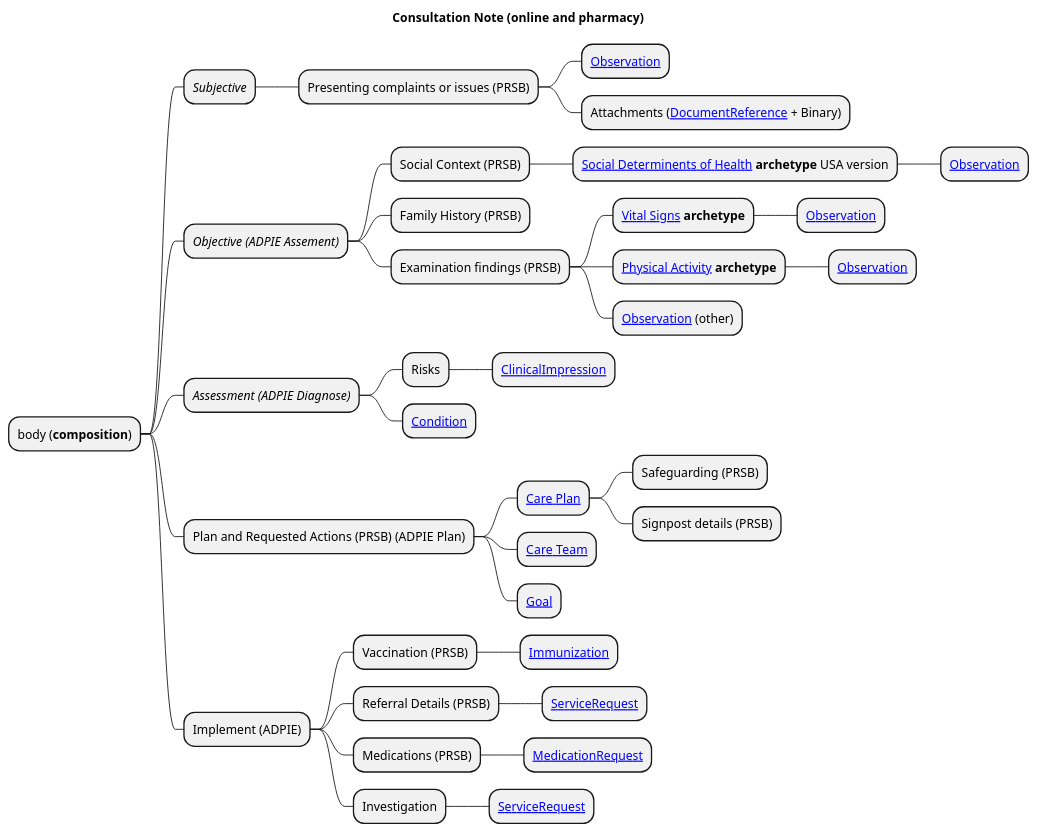
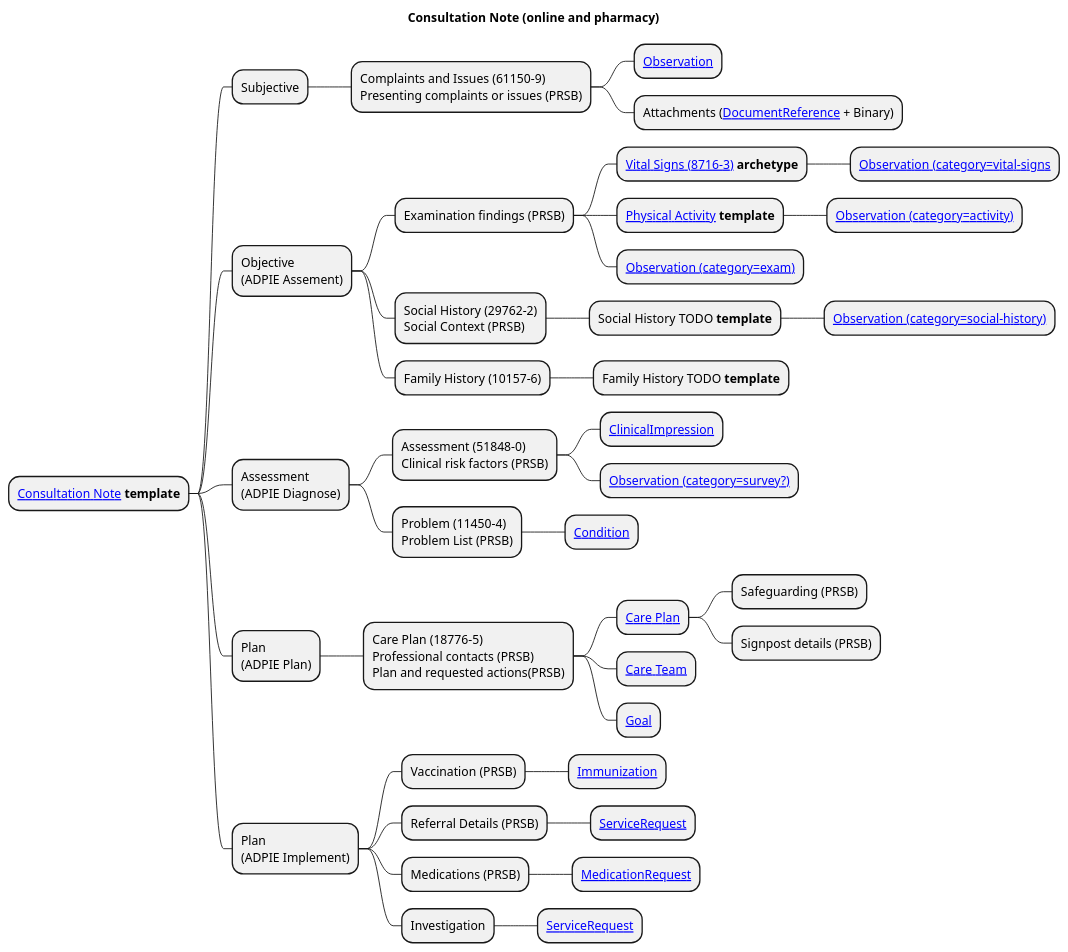
One commit to Virtually-Healthcare/virtually-healthcare.github.com changed the diagram in input/images-source/consultation-note-mindmap.plantuml. Above: the diagram before and after it, drawn with PlantUML. The commit also changed 2 other files, not shown here.

```diff
--- a/input/images-source/consultation-note-mindmap.plantuml
+++ b/input/images-source/consultation-note-mindmap.plantuml
@@ -1,43 +1,47 @@
 @startmindmap
 
 skinparam svgDimensionStyle false
 
 title "Consultation Note (online and pharmacy)"
 
-* body (**composition**)
-** <i>Subjective</i>
-*** Presenting complaints or issues (PRSB)
+* [[Questionnaire-ConsultationNote.html Consultation Note]] **template**
+** Subjective
+*** Complaints and Issues (61150-9)\nPresenting complaints or issues (PRSB)
 **** [[StructureDefinition-Observation.html Observation]]
 **** Attachments ([[StructureDefinition-DocumentReference.html DocumentReference]] + Binary)
-** <i>Objective (ADPIE Assement)</i>
-*** Social Context (PRSB)
-**** [[https://build.fhir.org/ig/HL7/fhir-sdoh-clinicalcare/ Social Determinents of Health]] <b>archetype</b> USA version
-***** [[StructureDefinition-Observation.html Observation]]
-*** Family History (PRSB)
+** Objective\n(ADPIE Assement)
 *** Examination findings (PRSB)
-**** [[assessments-and-observations.html#vital-signs Vital Signs]] <b>archetype</b>
-***** [[StructureDefinition-Observation.html Observation]]
-**** [[assessments-and-observations.html#daily-physical-activity Physical Activity]] <b>archetype</b>
-***** [[StructureDefinition-Observation.html Observation]]
-**** [[StructureDefinition-Observation.html Observation]] (other)
-** <i>Assessment (ADPIE Diagnose)</i>
-*** Risks
+**** [[Questionnaire-VitalSigns.html Vital Signs (8716-3)]] <b>archetype</b>
+***** [[StructureDefinition-Observation.html Observation (category=vital-signs]]
+**** [[Questionnaire-DailyPhysicalActivity.html Physical Activity]] **template**
+***** [[StructureDefinition-Observation.html Observation (category=activity)]]
+**** [[StructureDefinition-Observation.html Observation (category=exam)]]
+*** Social History (29762-2)\nSocial Context (PRSB)
+**** Social History TODO <b>template</b>
+***** [[StructureDefinition-Observation.html Observation (category=social-history)]]
+*** Family History (10157-6)
+**** Family History TODO <b>template</b>
+** Assessment\n(ADPIE Diagnose)
+*** Assessment (51848-0)\nClinical risk factors (PRSB)
 **** [[StructureDefinition-ClinicalImpression.html ClinicalImpression]]
-*** [[StructureDefinition-Condition.html Condition]]
-** Plan and Requested Actions (PRSB) (ADPIE Plan)
-*** [[StructureDefinition-CarePlan.html Care Plan]]
-**** Safeguarding (PRSB)
-**** Signpost details (PRSB)
-*** [[StructureDefinition-CareTeam.html Care Team]]
-*** [[StructureDefinition-Goal.html Goal]]
-** Implement (ADPIE)
+**** [[StructureDefinition-Observation.html Observation (category=survey?)]]
+*** Problem (11450-4)\nProblem List (PRSB)
+**** [[StructureDefinition-Condition.html Condition]]
+** Plan\n(ADPIE Plan)
+*** Care Plan (18776-5)\nProfessional contacts (PRSB)\nPlan and requested actions(PRSB)
+**** [[StructureDefinition-CarePlan.html Care Plan]]
+***** Safeguarding (PRSB)
+***** Signpost details (PRSB)
+**** [[StructureDefinition-CareTeam.html Care Team]]
+**** [[StructureDefinition-Goal.html Goal]]
+** Plan\n(ADPIE Implement)
 *** Vaccination (PRSB)
 **** [[StructureDefinition-Immunization.html Immunization]]
 *** Referral Details (PRSB)
 **** [[StructureDefinition-ServiceRequest.html ServiceRequest]]
 *** Medications (PRSB)
 **** [[StructureDefinition-MedicationRequest.html MedicationRequest]]
 *** Investigation
 **** [[StructureDefinition-ServiceRequest.html ServiceRequest]]
 
 @endmindmap
```
